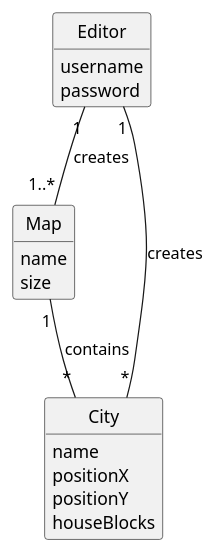
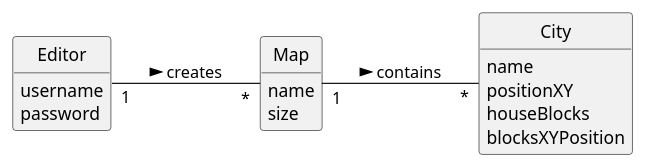
The diagram in docsFinais/US003/02.analysis/puml/US003-DM.puml (1240935/pi2-railway-simulator), drawn with PlantUML before and after one commit. The commit also changed 31 other files, not shown here.

```diff
--- a/docsFinais/US003/02.analysis/puml/US003-DM.puml
+++ b/docsFinais/US003/02.analysis/puml/US003-DM.puml
@@ -1,32 +1,36 @@
 @startuml
 skinparam monochrome true
 skinparam packageStyle rectangle
 skinparam shadowing false
-
+'skinparam linetype ortho
+'left to right direction
 skinparam classAttributeIconSize 0
+hide circle
+hide methods
 
 hide circle
 hide methods
+
+left to right direction
 
 class Map {
     name
     size
 }
 
 class City {
     name
-    positionX
-    positionY
+    positionXY
     houseBlocks
+    blocksXYPosition
 }
 
 class Editor {
     username
     password
 }
 
-Map "1" -- "*" City : contains
-Editor "1" -- "*" City : creates
-Editor "1" -- "1..*" Map : creates
+Map "1" -- "*" City : contains >
+Editor "1" -- "*" Map : creates >
 
 @enduml
```
